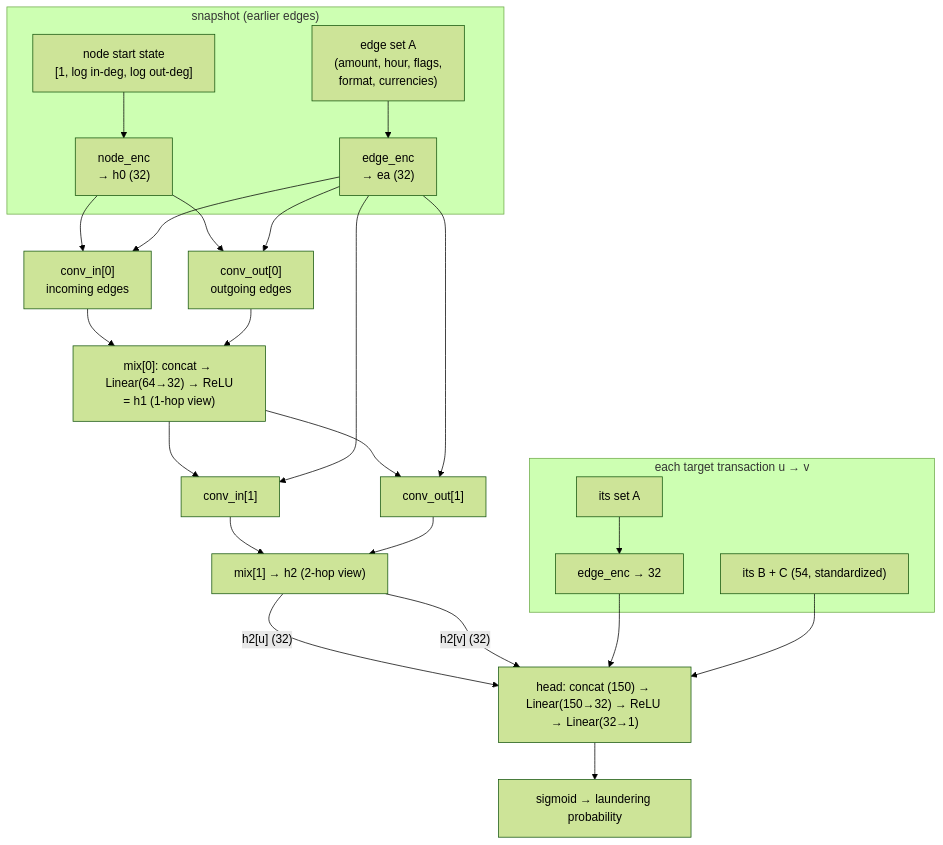
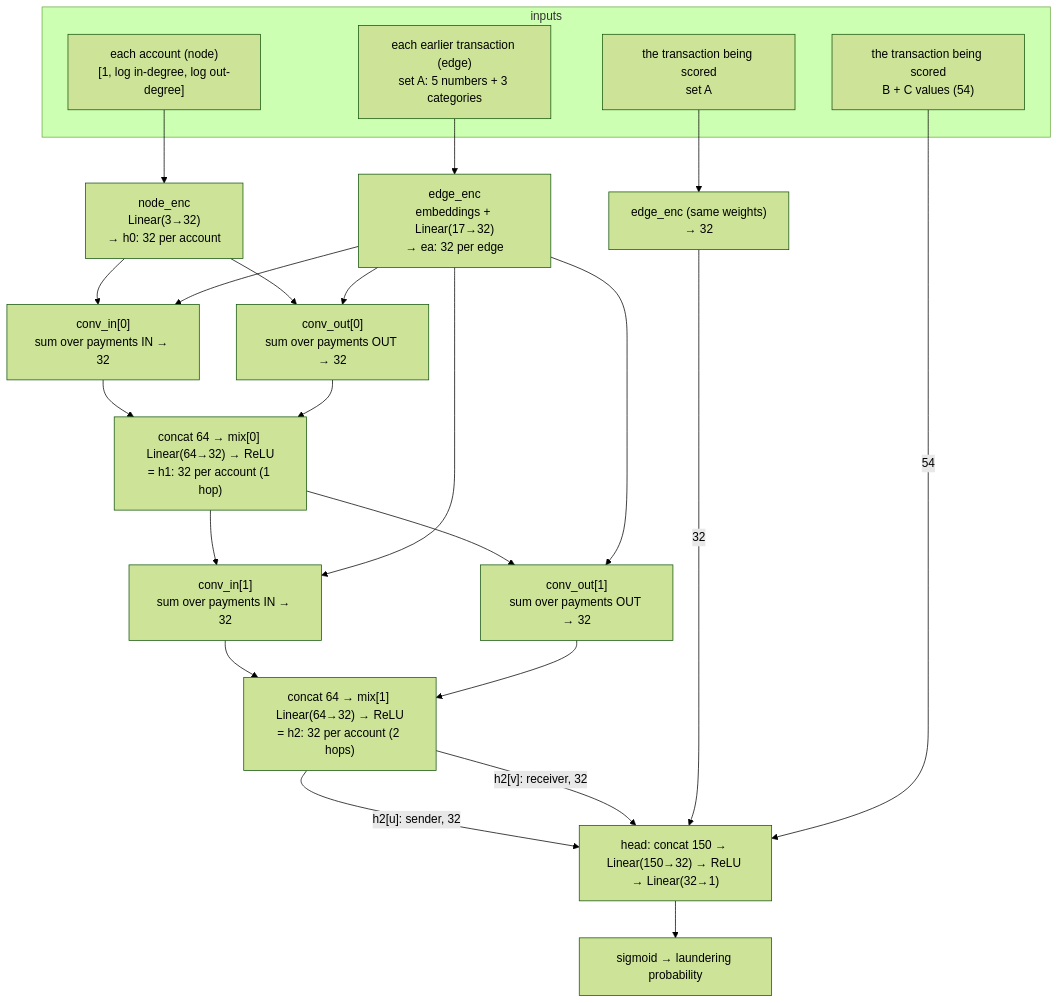
The diagram in docs/model.md (trietle145/AML), drawn with Mermaid (forest theme) before and after one commit. The commit also changed other lines of this file and 2 other files, not shown here.

Commit message:
gnn training loop on cpu with head features, model walkthrough doc, t4 outcome, logs ignored

````diff
--- a/docs/model.md
+++ b/docs/model.md
@@ -56,28 +15,34 @@
 ```mermaid
 graph TD
-    subgraph snapshot["snapshot (earlier edges)"]
-        E1["edge set A<br/>(amount, hour, flags,<br/>format, currencies)"] --> EE1["edge_enc<br/>→ ea (32)"]
-        X["node start state<br/>[1, log in-deg, log out-deg]"] --> NE["node_enc<br/>→ h0 (32)"]
+    subgraph IN["inputs"]
+        EA["each earlier transaction (edge)<br/>set A: 5 numbers + 3 categories"]
+        NS["each account (node)<br/>[1, log in-degree, log out-degree]"]
+        TA["the transaction being scored<br/>set A"]
+        TBC["the transaction being scored<br/>B + C values (54)"]
     end
-    NE --> L1in["conv_in[0]<br/>incoming edges"]
-    NE --> L1out["conv_out[0]<br/>outgoing edges"]
-    EE1 --> L1in
-    EE1 --> L1out
-    L1in --> M1["mix[0]: concat → Linear(64→32) → ReLU<br/>= h1 (1-hop view)"]
-    L1out --> M1
-    M1 --> L2in["conv_in[1]"]
-    M1 --> L2out["conv_out[1]"]
-    EE1 --> L2in
-    EE1 --> L2out
-    L2in --> M2["mix[1] → h2 (2-hop view)"]
-    L2out --> M2
-    subgraph target["each target transaction u → v"]
-        TA["its set A"] --> EE2["edge_enc → 32"]
-        TB["its B + C (54, standardized)"]
-    end
-    M2 -->|"h2[u] (32)"| H
-    M2 -->|"h2[v] (32)"| H
-    EE2 --> H
-    TB --> H
-    H["head: concat (150) → Linear(150→32) → ReLU → Linear(32→1)"] --> S["sigmoid → laundering probability"]
+
+    EA --> EE["edge_enc<br/>embeddings + Linear(17→32)<br/>→ ea: 32 per edge"]
+    NS --> NE["node_enc<br/>Linear(3→32)<br/>→ h0: 32 per account"]
+
+    NE --> C1I["conv_in[0]<br/>sum over payments IN → 32"]
+    NE --> C1O["conv_out[0]<br/>sum over payments OUT → 32"]
+    EE --> C1I
+    EE --> C1O
+    C1I --> M1["concat 64 → mix[0] Linear(64→32) → ReLU<br/>= h1: 32 per account (1 hop)"]
+    C1O --> M1
+
+    M1 --> C2I["conv_in[1]<br/>sum over payments IN → 32"]
+    M1 --> C2O["conv_out[1]<br/>sum over payments OUT → 32"]
+    EE --> C2I
+    EE --> C2O
+    C2I --> M2["concat 64 → mix[1] Linear(64→32) → ReLU<br/>= h2: 32 per account (2 hops)"]
+    C2O --> M2
+
+    TA --> EE2["edge_enc (same weights)<br/>→ 32"]
+
+    M2 -->|"h2[u]: sender, 32"| HEAD
+    M2 -->|"h2[v]: receiver, 32"| HEAD
+    EE2 -->|"32"| HEAD
+    TBC -->|"54"| HEAD
+    HEAD["head: concat 150 → Linear(150→32) → ReLU → Linear(32→1)"] --> OUT["sigmoid → laundering probability"]
 ```
````
